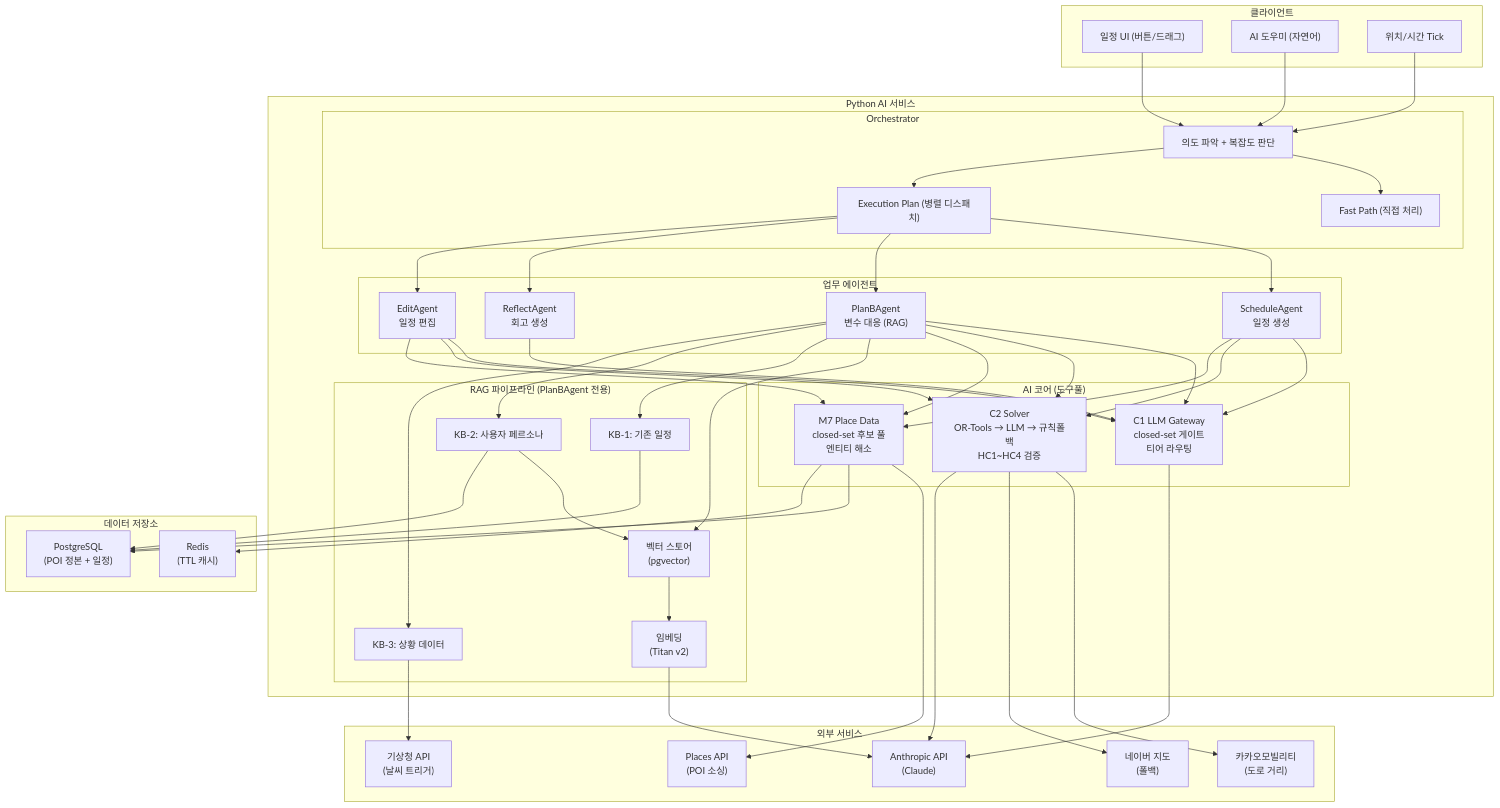
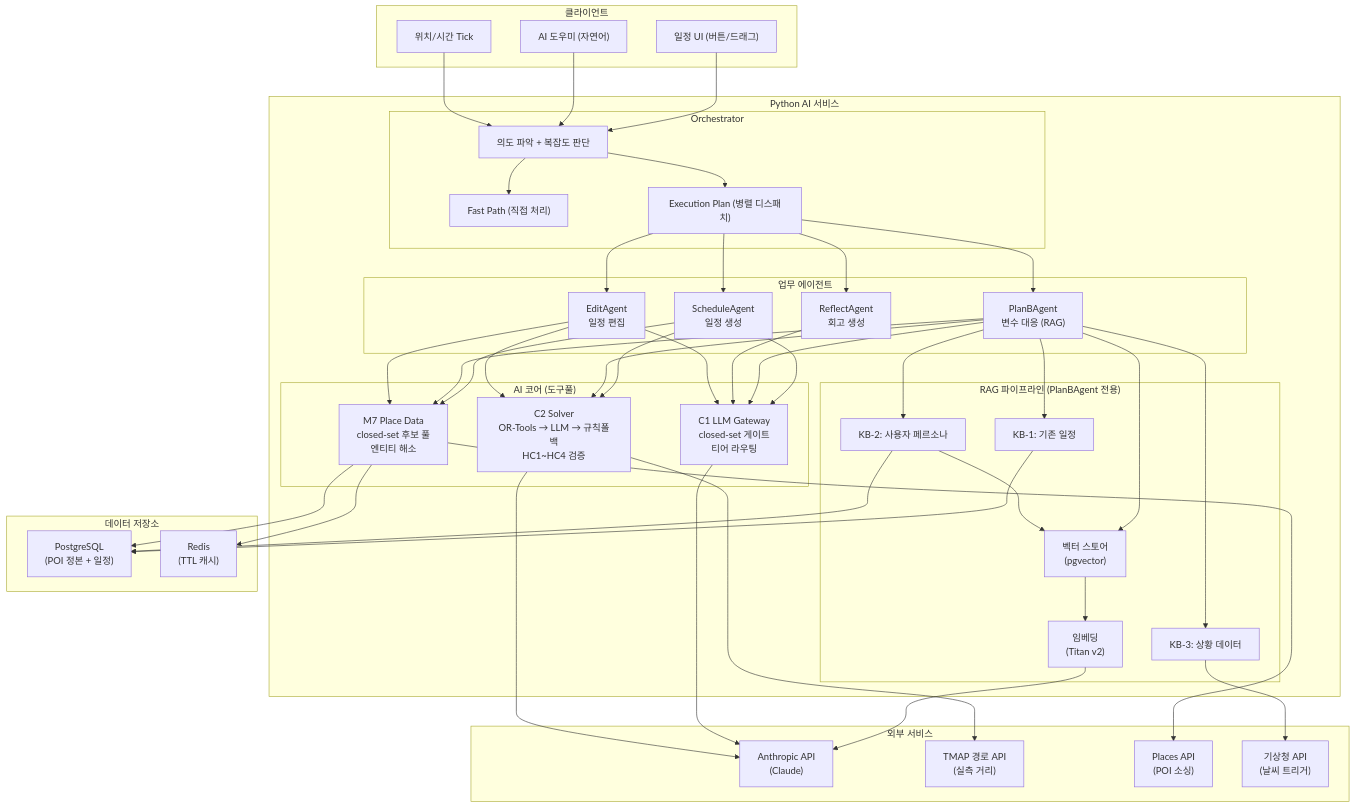
Before and after one commit to ASM-TripPilot/trippilot: the diagram in ai/README.md, drawn with Mermaid. The commit also changed other lines of this file and 21 other files, not shown here.

```diff
--- a/ai/README.md
+++ b/ai/README.md
@@ -97,8 +97,7 @@
 
     subgraph External["외부 서비스"]
         LLM["Anthropic API\n(Claude)"]
-        KAKAO["카카오모빌리티\n(도로 거리)"]
-        NAVER["네이버 지도\n(폴백)"]
+        TMAP["TMAP 경로 API\n(실측 거리)"]
         PLACES["Places API\n(POI 소싱)"]
         WEATHER["기상청 API\n(날씨 트리거)"]
     end
@@ -146,8 +145,7 @@
 
     %% 코어 → 외부
     C1 --> LLM
-    C2 --> KAKAO
-    C2 --> NAVER
+    C2 --> TMAP
     C2 --> LLM
     M7 --> PLACES
     KB3 --> WEATHER
```
